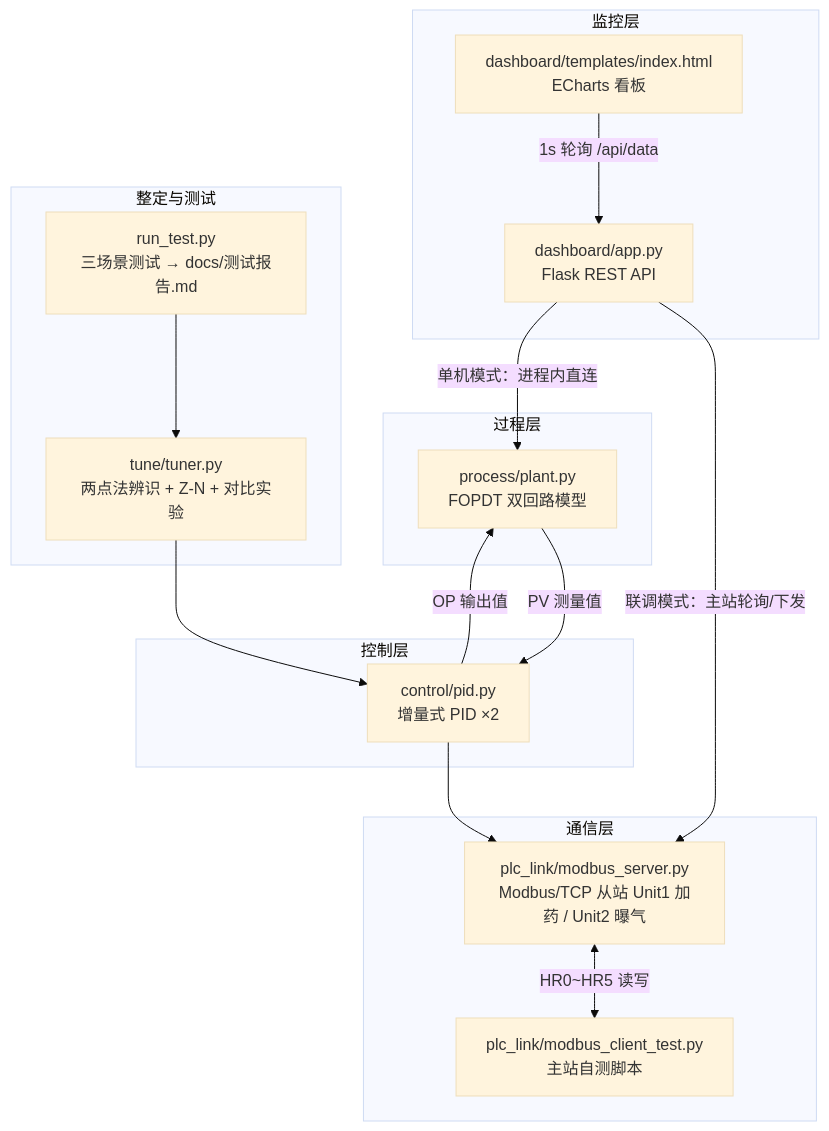
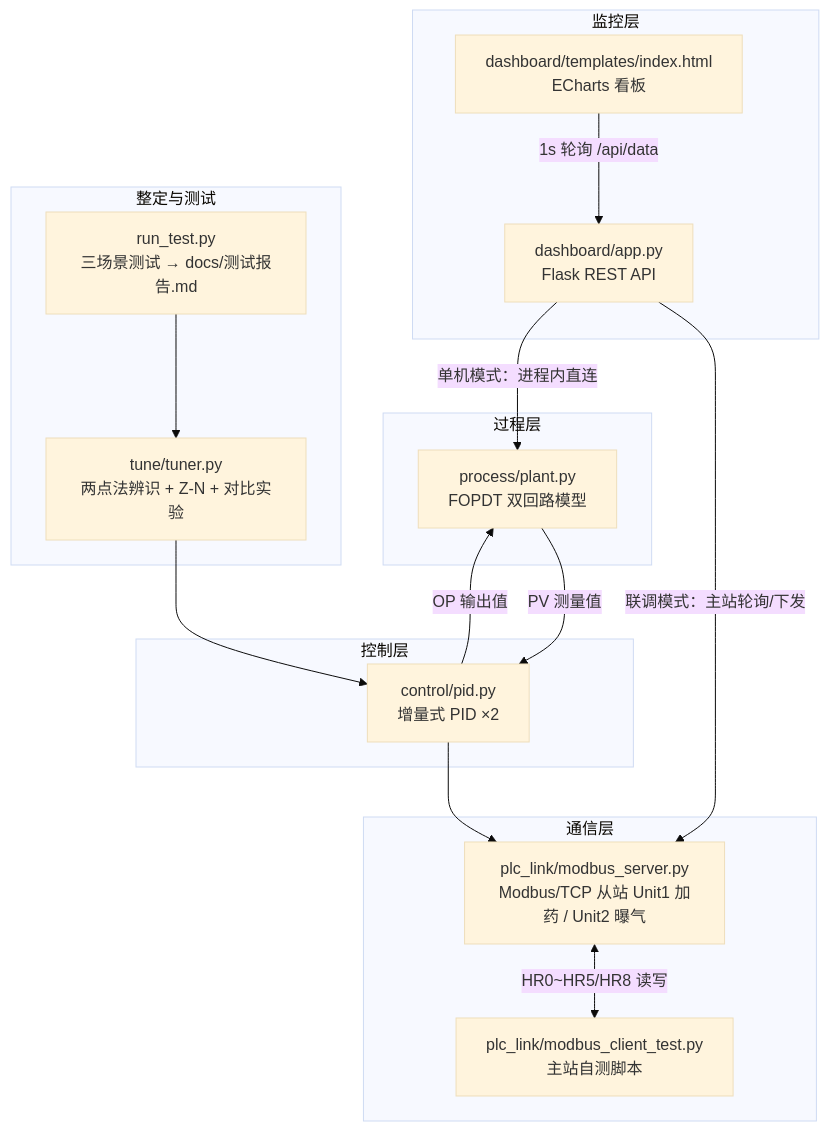
Before and after one commit to lian-automation/Water-Treatment-PID-Control-Simulation: the diagram in README.md, drawn with Mermaid (base theme). The commit also changed other lines of this file and 33 other files, not shown here.

````diff
--- a/README.md
+++ b/README.md
@@ -30,31 +31,31 @@
 ```mermaid
 graph TB
     subgraph 监控层
         H["dashboard/templates/index.html<br/>ECharts 看板"]
         D["dashboard/app.py<br/>Flask REST API"]
     end
     subgraph 通信层
         M["plc_link/modbus_server.py<br/>Modbus/TCP 从站 Unit1 加药 / Unit2 曝气"]
         CT["plc_link/modbus_client_test.py<br/>主站自测脚本"]
     end
     subgraph 控制层
         C["control/pid.py<br/>增量式 PID ×2"]
     end
     subgraph 过程层
         P["process/plant.py<br/>FOPDT 双回路模型"]
     end
     subgraph 整定与测试
         T["tune/tuner.py<br/>两点法辨识 + Z-N + 对比实验"]
         R["run_test.py<br/>三场景测试 → docs/测试报告.md"]
     end
 
     P -- "PV 测量值" --> C
     C -- "OP 输出值" --> P
     C --> M
-    M <-- "HR0~HR5 读写" --> CT
+    M <-- "HR0~HR5/HR8 读写" --> CT
     D -- "联调模式：主站轮询/下发" --> M
     D -- "单机模式：进程内直连" --> P
     H -- "1s 轮询 /api/data" --> D
     T --> C
     R --> T
 ```
````
